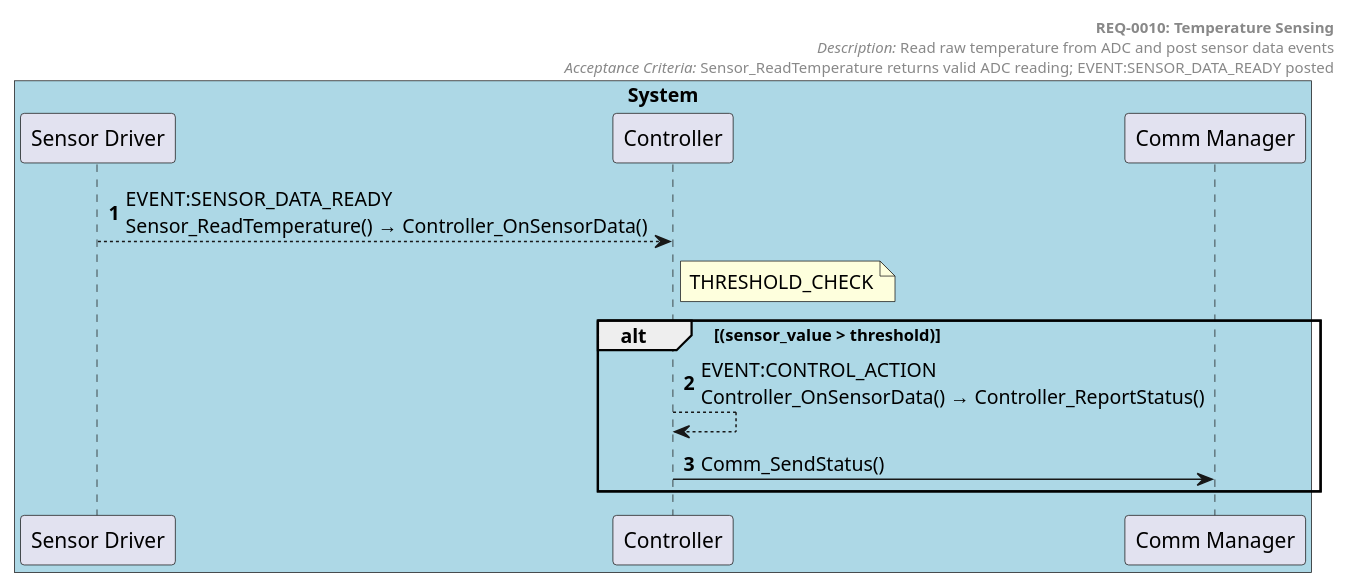
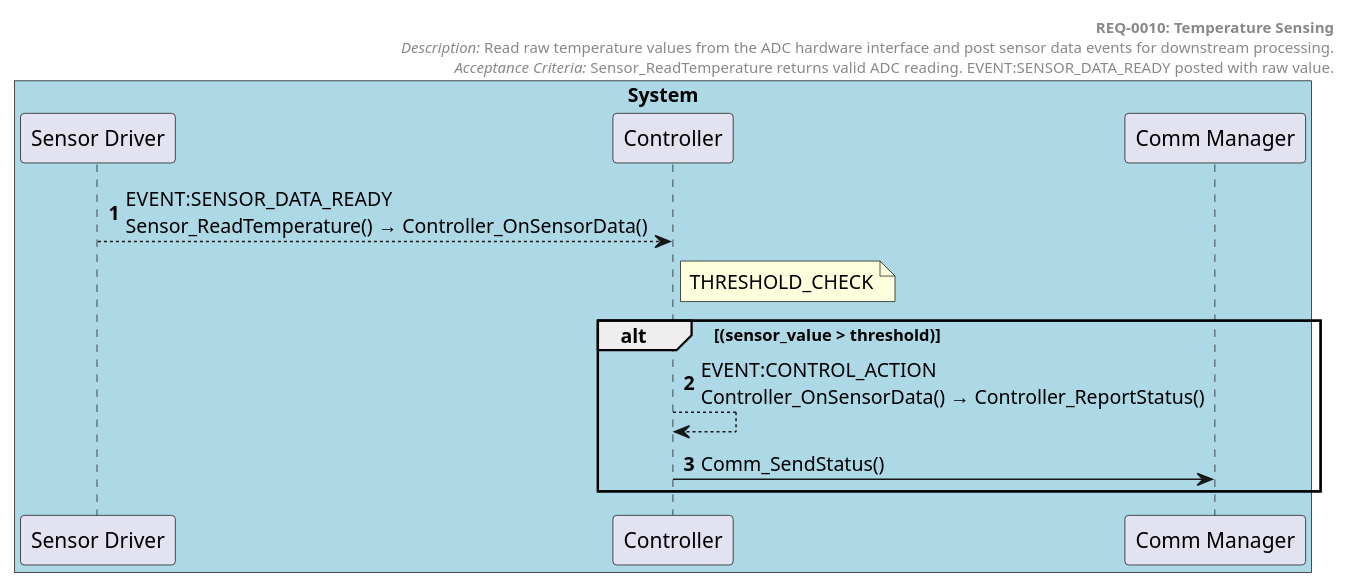
Before and after one commit to tvanfossen/doxygen-guard-example: the diagram in docs/generated/sequences/REQ-0010.puml, drawn with PlantUML. The commit also changed 19 other files, not shown here.

```diff
--- a/docs/generated/sequences/REQ-0010.puml
+++ b/docs/generated/sequences/REQ-0010.puml
@@ -1,24 +1,24 @@
 @startuml REQ-0010 Temperature Sensing
 autonumber
 
 box "System" #LightBlue
   participant "Sensor Driver" as Sensor_Driver
   participant "Controller" as Controller
   participant "Comm Manager" as Comm_Manager
 end box
 
 header
   **REQ-0010: Temperature Sensing**
-  //Description:// Read raw temperature from ADC and post sensor data events
-  //Acceptance Criteria:// Sensor_ReadTemperature returns valid ADC reading; EVENT:SENSOR_DATA_READY posted
+  //Description:// Read raw temperature values from the ADC hardware interface and post sensor data events for downstream processing.
+  //Acceptance Criteria:// Sensor_ReadTemperature returns valid ADC reading. EVENT:SENSOR_DATA_READY posted with raw value.
 end header
 
 
 Sensor_Driver --> Controller: EVENT:SENSOR_DATA_READY\nSensor_ReadTemperature() → Controller_OnSensorData()
 note right of Controller: THRESHOLD_CHECK
 alt (sensor_value > threshold)
 Controller --> Controller: EVENT:CONTROL_ACTION\nController_OnSensorData() → Controller_ReportStatus()
 Controller -> Comm_Manager: Comm_SendStatus()
 end alt
 
 @enduml
```
